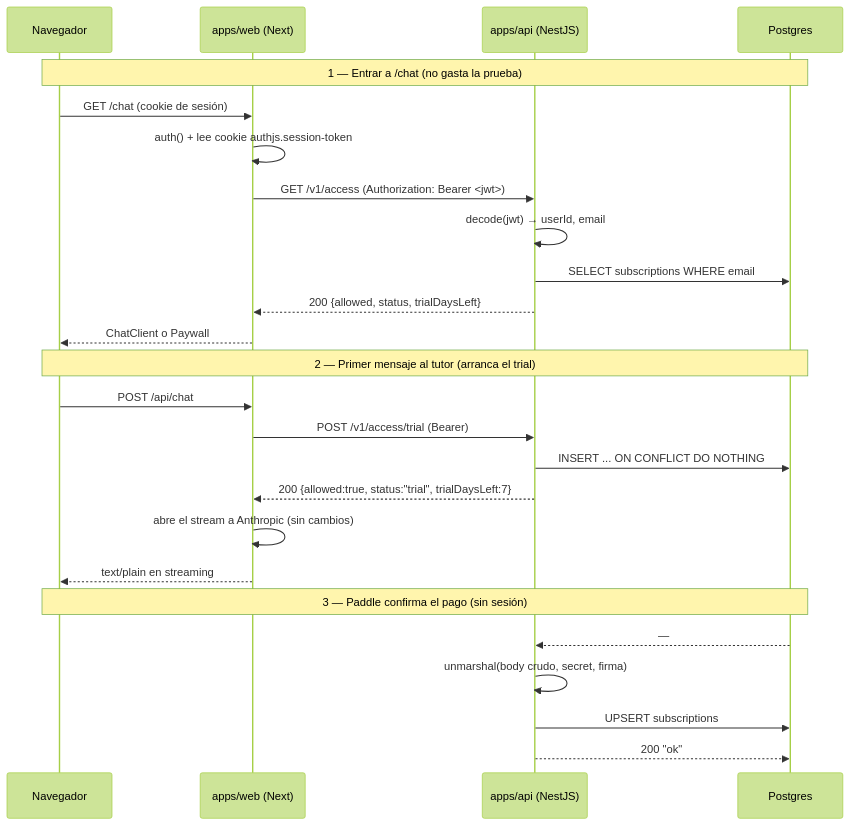
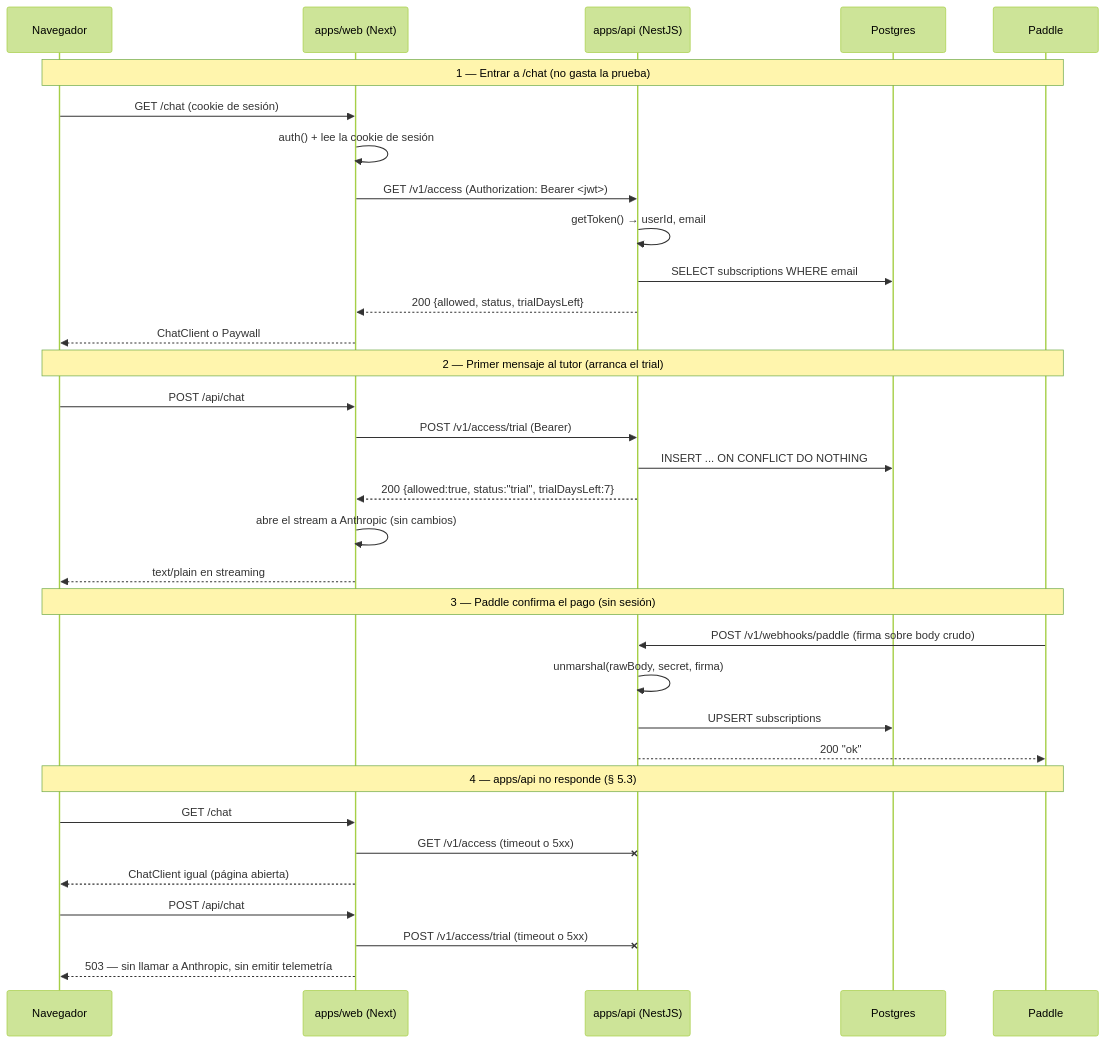
The first of 2 diagrams in 003-phase-1-api-acceso-y-cobro.md (OSL-LMS/specforge), drawn with Mermaid (forest theme) before and after one commit. The commit also changed other lines of this file, not shown here.

````diff
--- a/003-phase-1-api-acceso-y-cobro.md
+++ b/003-phase-1-api-acceso-y-cobro.md
@@ -57,30 +70,39 @@
 ```mermaid
 sequenceDiagram
     participant B as Navegador
     participant W as apps/web (Next)
     participant A as apps/api (NestJS)
     participant P as Postgres
+    participant PD as Paddle
 
-    Note over B,P: 1 — Entrar a /chat (no gasta la prueba)
+    Note over B,PD: 1 — Entrar a /chat (no gasta la prueba)
     B->>W: GET /chat (cookie de sesión)
-    W->>W: auth() + lee cookie authjs.session-token
+    W->>W: auth() + lee la cookie de sesión
     W->>A: GET /v1/access (Authorization: Bearer <jwt>)
-    A->>A: decode(jwt) → userId, email
+    A->>A: getToken() → userId, email
     A->>P: SELECT subscriptions WHERE email
     A-->>W: 200 {allowed, status, trialDaysLeft}
     W-->>B: ChatClient o Paywall
 
-    Note over B,P: 2 — Primer mensaje al tutor (arranca el trial)
+    Note over B,PD: 2 — Primer mensaje al tutor (arranca el trial)
     B->>W: POST /api/chat
     W->>A: POST /v1/access/trial (Bearer)
     A->>P: INSERT ... ON CONFLICT DO NOTHING
     A-->>W: 200 {allowed:true, status:"trial", trialDaysLeft:7}
     W->>W: abre el stream a Anthropic (sin cambios)
     W-->>B: text/plain en streaming
 
-    Note over B,P: 3 — Paddle confirma el pago (sin sesión)
-    P-->>A: —
-    A->>A: unmarshal(body crudo, secret, firma)
+    Note over B,PD: 3 — Paddle confirma el pago (sin sesión)
+    PD->>A: POST /v1/webhooks/paddle (firma sobre body crudo)
+    A->>A: unmarshal(rawBody, secret, firma)
     A->>P: UPSERT subscriptions
-    A-->>P: 200 "ok"
+    A-->>PD: 200 "ok"
+
+    Note over B,PD: 4 — apps/api no responde (§ 5.3)
+    B->>W: GET /chat
+    W-xA: GET /v1/access (timeout o 5xx)
+    W-->>B: ChatClient igual (página abierta)
+    B->>W: POST /api/chat
+    W-xA: POST /v1/access/trial (timeout o 5xx)
+    W-->>B: 503 — sin llamar a Anthropic, sin emitir telemetría
 ```
````
